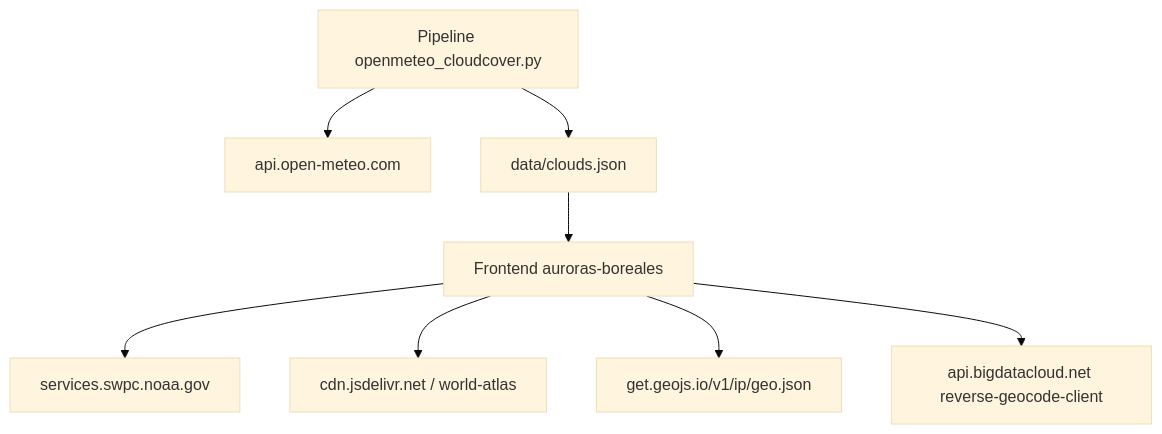
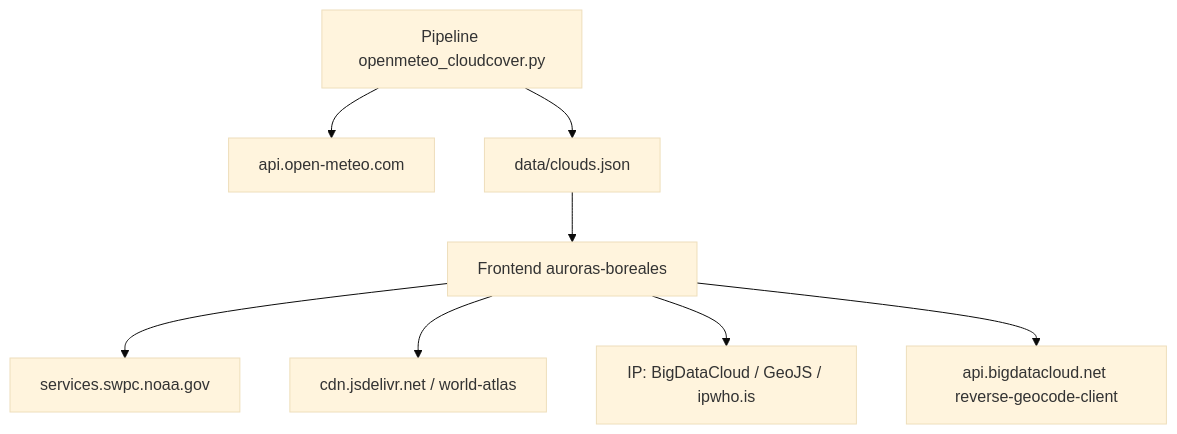
The fourth of 4 diagrams in README.md (romezamario/auroras-boreales), drawn with Mermaid (base theme) before and after one commit. The commit also changed other lines of this file and 5 other files, not shown here.

````diff
--- a/README.md
+++ b/README.md
@@ -273,11 +273,11 @@
 ```mermaid
 flowchart TD
     APP[Frontend auroras-boreales]
     APP --> NOAA[services.swpc.noaa.gov]
     APP --> ATLAS[cdn.jsdelivr.net / world-atlas]
-    APP --> IP[get.geojs.io/v1/ip/geo.json]
+    APP --> IP[IP: BigDataCloud / GeoJS / ipwho.is]
     APP --> RG[api.bigdatacloud.net reverse-geocode-client]
     JOB[Pipeline openmeteo_cloudcover.py] --> OM[api.open-meteo.com]
     JOB --> CLOUDS[data/clouds.json]
     CLOUDS --> APP
 ```
````
